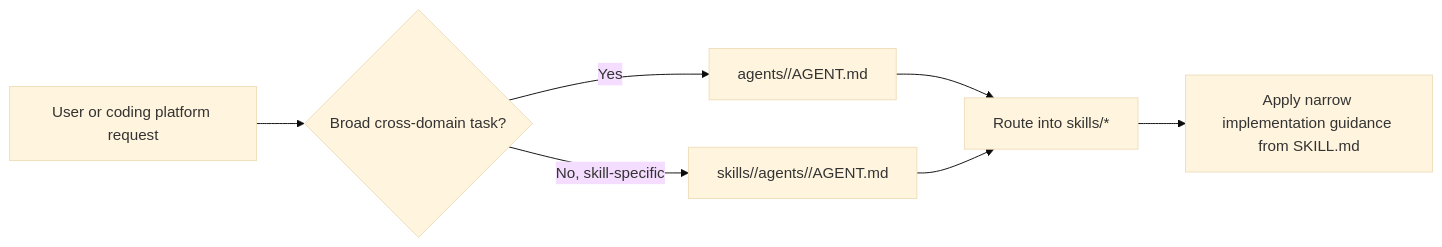
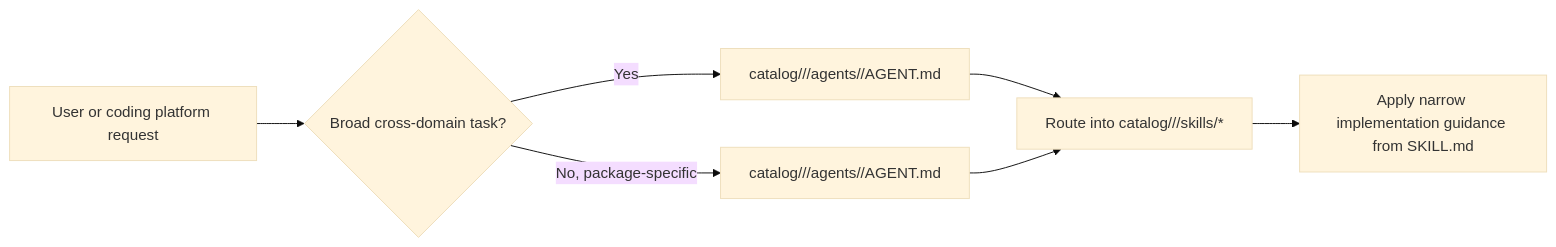
The first of 2 diagrams in README.md (managedcode/dotnet-skills), drawn with Mermaid (base theme) before and after one commit. The commit also changed other lines of this file and 689 other files, not shown here.

Commit message:
skills catalog

````diff
--- a/README.md
+++ b/README.md
@@ -140,9 +141,9 @@
 ```mermaid
 flowchart LR
   A["User or coding platform request"] --> B{"Broad cross-domain task?"}
-  B -->|Yes| C["agents/<agent>/AGENT.md"]
-  B -->|No, skill-specific| D["skills/<skill>/agents/<agent>/AGENT.md"]
-  C --> E["Route into skills/*"]
+  B -->|Yes| C["catalog/<type>/<package>/agents/<agent>/AGENT.md"]
+  B -->|No, package-specific| D["catalog/<type>/<package>/agents/<agent>/AGENT.md"]
+  C --> E["Route into catalog/<type>/<package>/skills/*"]
   D --> E
   E --> F["Apply narrow implementation guidance from SKILL.md"]
 ```
````
